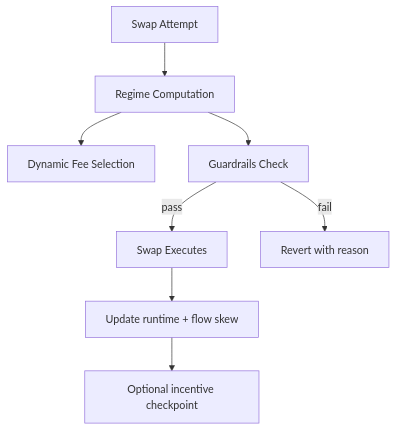
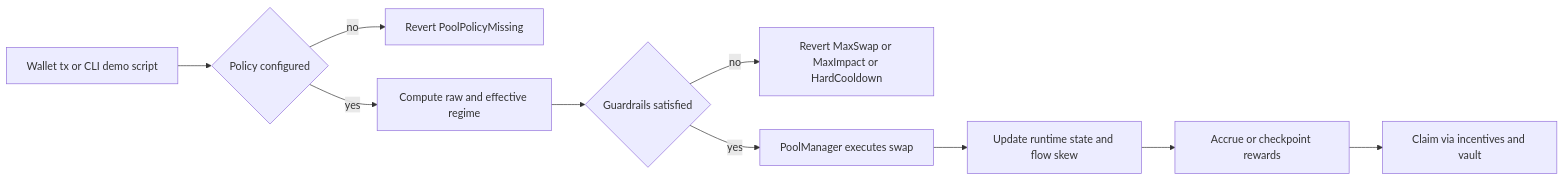
Before and after one commit to Najnomics/Stable-Focused-Hook-Suite: the second of 3 diagrams in README.md, drawn with Mermaid. The commit also changed other lines of this file, not shown here.

Commit message:
docs: rewrite README with technical architecture and demo evidence

````diff
--- a/README.md
+++ b/README.md
@@ -41,10 +90,12 @@
 ```mermaid
-flowchart TD
-  S[Swap Attempt] --> R[Regime Computation]
-  R --> F[Dynamic Fee Selection]
-  R --> G[Guardrails Check]
-  G -->|pass| X[Swap Executes]
-  G -->|fail| Z[Revert with reason]
-  X --> U[Update runtime + flow skew]
-  U --> W[Optional incentive checkpoint]
+flowchart LR
+  tx_start[Wallet tx or CLI demo script] --> policy_exists{Policy configured}
+  policy_exists -- no --> revert_policy[Revert PoolPolicyMissing]
+  policy_exists -- yes --> regime_calc[Compute raw and effective regime]
+  regime_calc --> guard_ok{Guardrails satisfied}
+  guard_ok -- no --> revert_guard[Revert MaxSwap or MaxImpact or HardCooldown]
+  guard_ok -- yes --> swap_exec[PoolManager executes swap]
+  swap_exec --> runtime_update[Update runtime state and flow skew]
+  runtime_update --> rewards_path[Accrue or checkpoint rewards]
+  rewards_path --> claim_done[Claim via incentives and vault]
 ```
````
